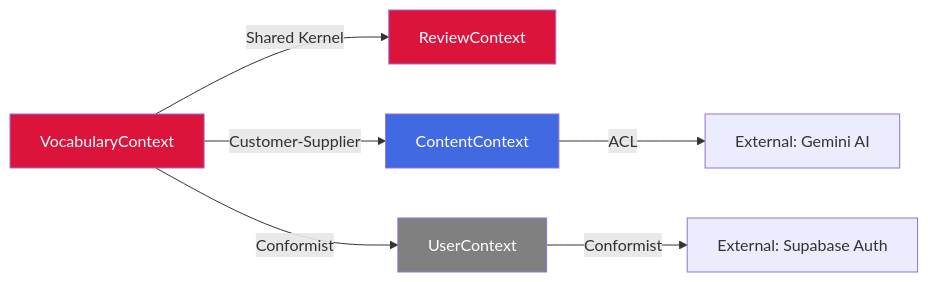
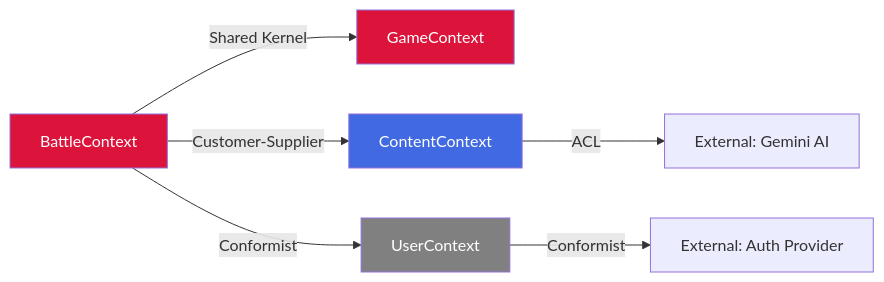
Before and after one commit to buddypia/kaiju-voice: the fifth of 5 diagrams in .claude/skills/domain-modeler/references/ddd-strategic-patterns.md, drawn with Mermaid. The commit also changed other lines of this file and 353 other files, not shown here.

````diff
--- a/.claude/skills/domain-modeler/references/ddd-strategic-patterns.md
+++ b/.claude/skills/domain-modeler/references/ddd-strategic-patterns.md
@@ -281,13 +277,13 @@
 ```mermaid
 flowchart LR
-    VC[VocabularyContext] -->|Shared Kernel| RC[ReviewContext]
-    VC -->|Customer-Supplier| CC[ContentContext]
+    BC[BattleContext] -->|Shared Kernel| GC[GameContext]
+    BC -->|Customer-Supplier| CC[ContentContext]
     CC -->|ACL| AI[External: Gemini AI]
-    VC -->|Conformist| UC[UserContext]
-    UC -->|Conformist| Auth[External: Supabase Auth]
+    BC -->|Conformist| UC[UserContext]
+    UC -->|Conformist| Auth[External: Auth Provider]
 
-    style VC fill:#DC143C,color:#fff
-    style RC fill:#DC143C,color:#fff
+    style BC fill:#DC143C,color:#fff
+    style GC fill:#DC143C,color:#fff
     style CC fill:#4169E1,color:#fff
     style UC fill:#808080,color:#fff
 ```
````
